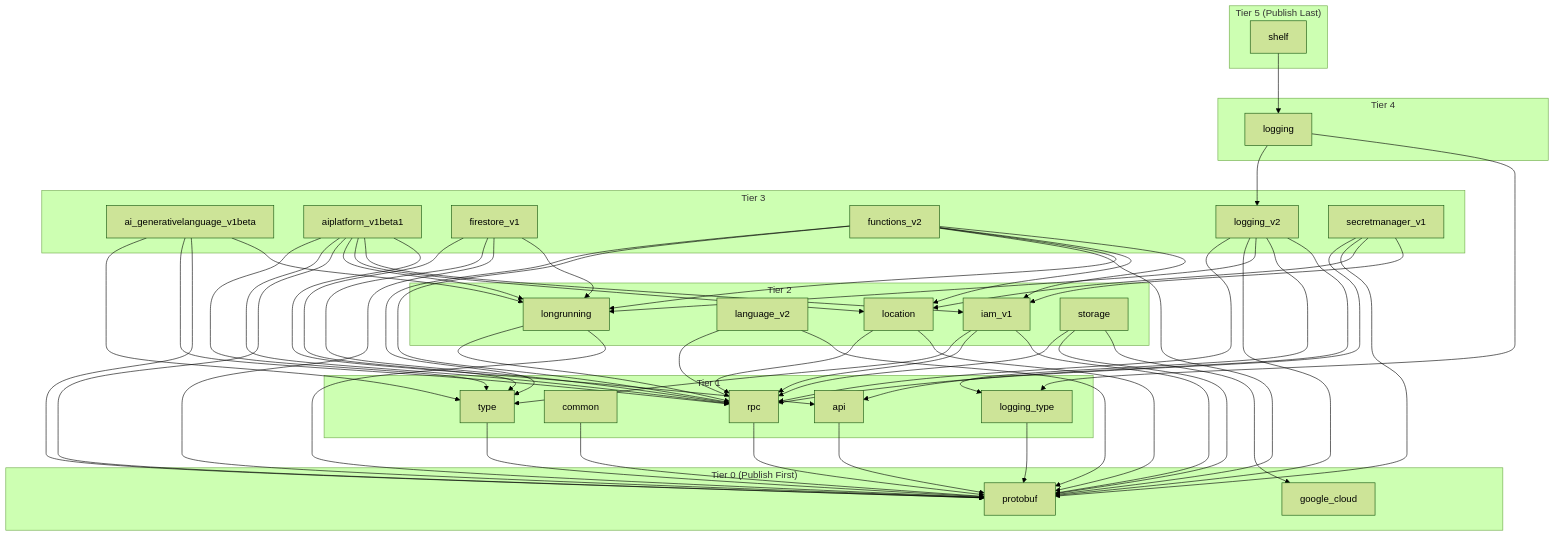
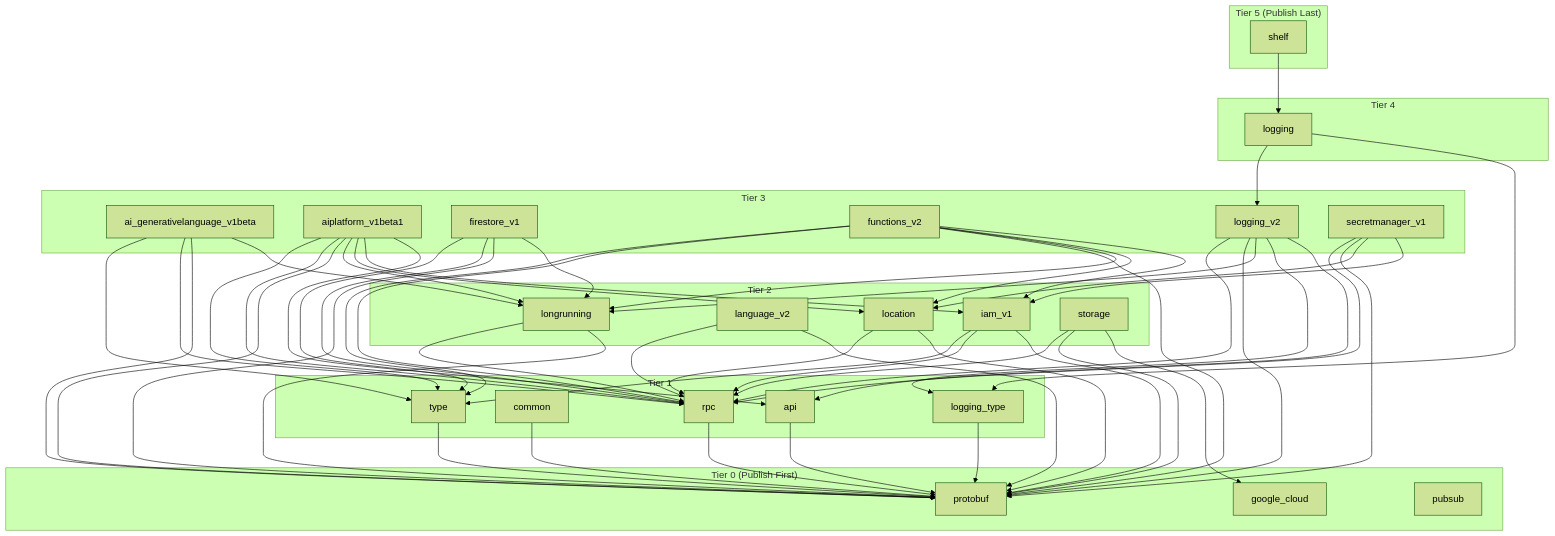
One commit to googleapis/google-cloud-dart changed the diagram in DEVELOPER_GUIDE.md. Above: the diagram before and after it, drawn with Mermaid (forest theme). The commit also changed 33 other files, not shown here.

```diff
--- a/DEVELOPER_GUIDE.md
+++ b/DEVELOPER_GUIDE.md
@@ -17,6 +17,7 @@
   subgraph Tier0 ["Tier 0 (Publish First)"]
     google_cloud["google_cloud"]
     google_cloud_protobuf["protobuf"]
+    google_cloud_pubsub["pubsub"]
   end
 
   subgraph Tier1 ["Tier 1"]
```
